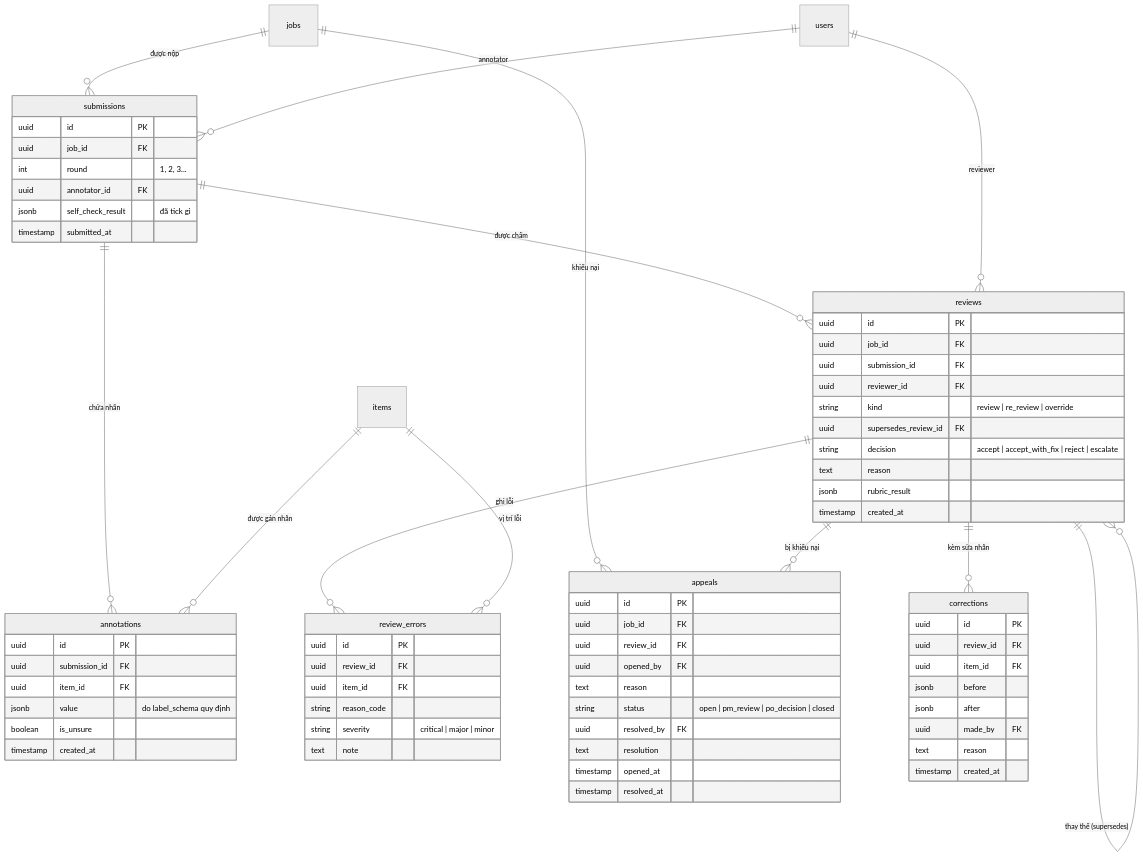
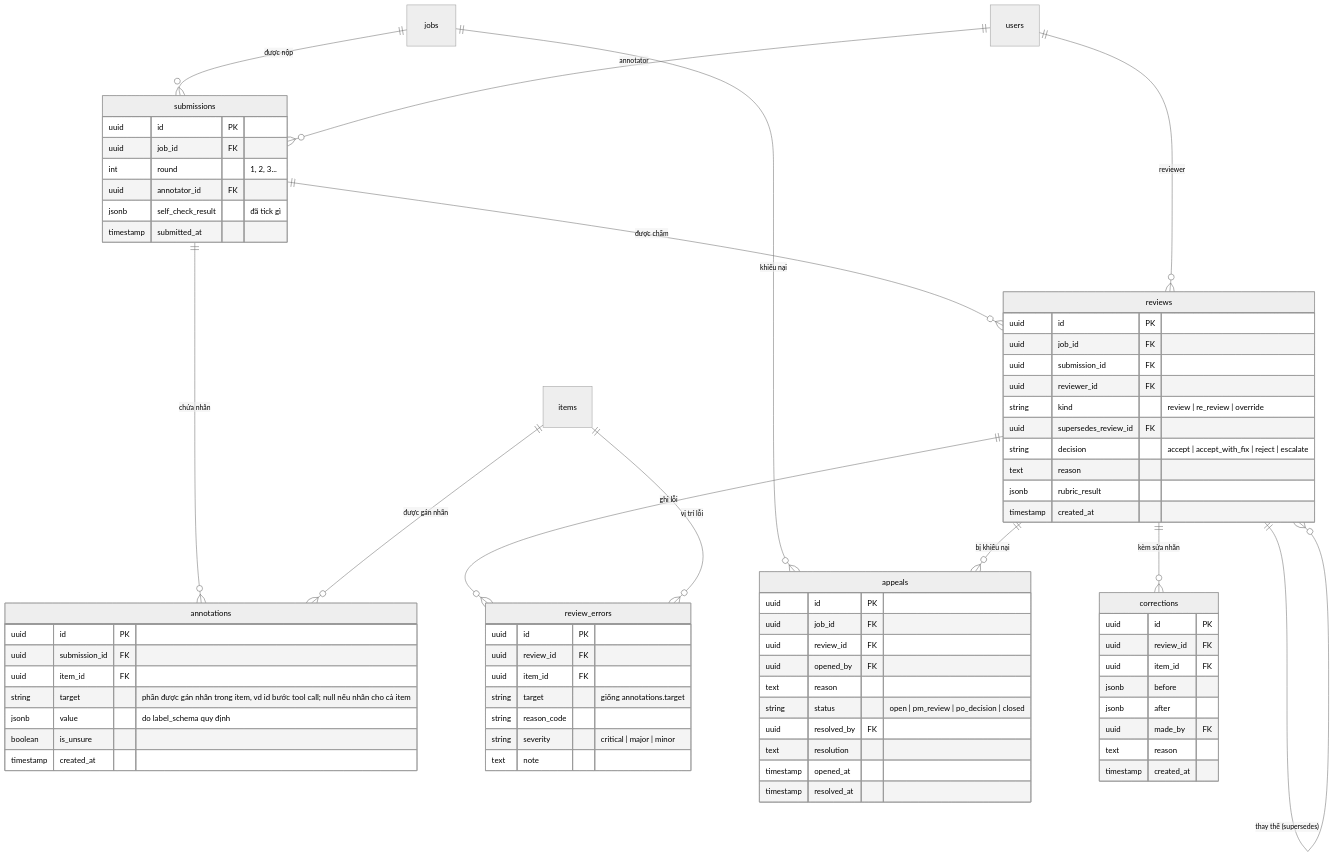
One commit to ducloc24/Annocollector changed the seventh of 12 diagrams in docs/database_design.md. Above: the diagram before and after it, drawn with Mermaid (neutral theme). The commit also changed other lines of this file and 5 other files, not shown here.

````diff
--- a/docs/database_design.md
+++ b/docs/database_design.md
@@ -541,74 +584,76 @@
 ```mermaid
 erDiagram
     jobs ||--o{ submissions : "được nộp"
     submissions ||--o{ annotations : "chứa nhãn"
     items ||--o{ annotations : "được gán nhãn"
     submissions ||--o{ reviews : "được chấm"
     reviews ||--o{ review_errors : "ghi lỗi"
     items ||--o{ review_errors : "vị trí lỗi"
     reviews ||--o{ reviews : "thay thế (supersedes)"
     jobs ||--o{ appeals : "khiếu nại"
     reviews ||--o{ appeals : "bị khiếu nại"
     reviews ||--o{ corrections : "kèm sửa nhãn"
     users ||--o{ submissions : "annotator"
     users ||--o{ reviews : "reviewer"
 
     submissions {
         uuid id PK
         uuid job_id FK
         int round "1, 2, 3..."
         uuid annotator_id FK
         jsonb self_check_result "đã tick gì"
         timestamp submitted_at
     }
     annotations {
         uuid id PK
         uuid submission_id FK
         uuid item_id FK
+        string target "phần được gán nhãn trong item, vd id bước tool call; null nếu nhãn cho cả item"
         jsonb value "do label_schema quy định"
         boolean is_unsure
         timestamp created_at
     }
     reviews {
         uuid id PK
         uuid job_id FK
         uuid submission_id FK
         uuid reviewer_id FK
         string kind "review | re_review | override"
         uuid supersedes_review_id FK
         string decision "accept | accept_with_fix | reject | escalate"
         text reason
         jsonb rubric_result
         timestamp created_at
     }
     review_errors {
         uuid id PK
         uuid review_id FK
         uuid item_id FK
+        string target "giống annotations.target"
         string reason_code
         string severity "critical | major | minor"
         text note
     }
     corrections {
         uuid id PK
         uuid review_id FK
         uuid item_id FK
         jsonb before
         jsonb after
         uuid made_by FK
         text reason
         timestamp created_at
     }
     appeals {
         uuid id PK
         uuid job_id FK
         uuid review_id FK
         uuid opened_by FK
         text reason
         string status "open | pm_review | po_decision | closed"
         uuid resolved_by FK
         text resolution
         timestamp opened_at
         timestamp resolved_at
     }
 ```
````
